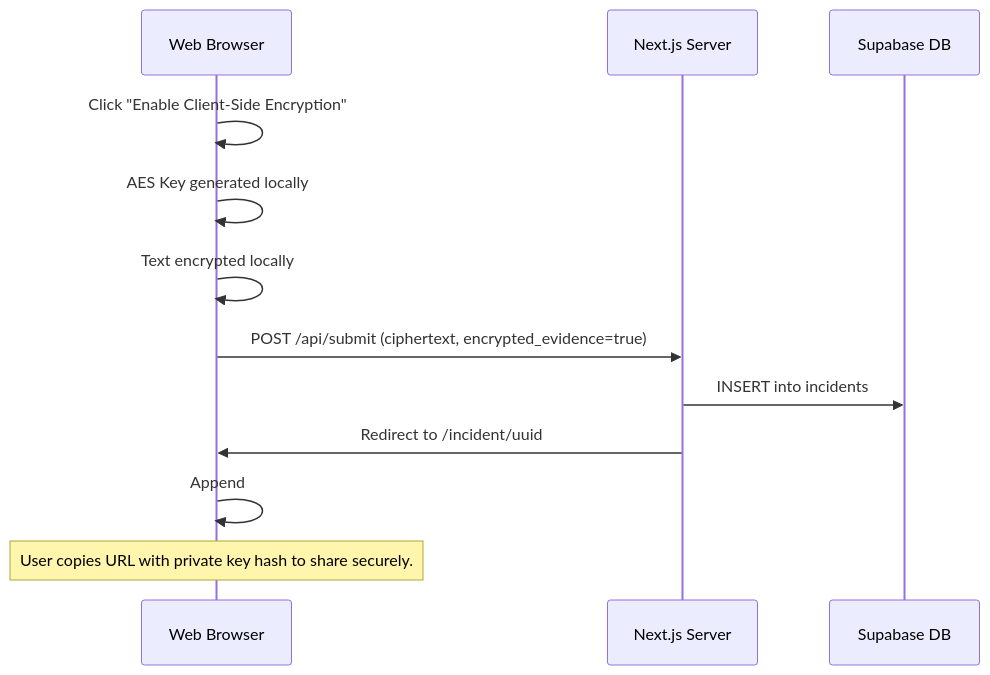
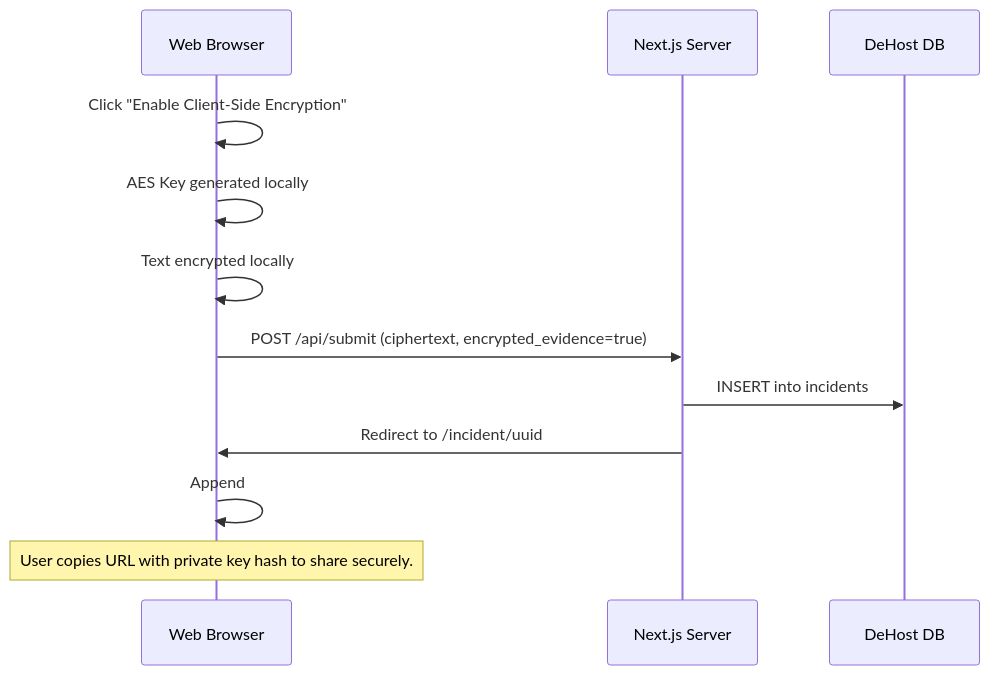
The diagram in docs/METHODOLOGY_AUDITS/zk1-design.md (quantummatrixcore-lab/alparai), drawn with Mermaid before and after one commit. The commit also changed 2145 other files, not shown here.

````diff
--- a/docs/METHODOLOGY_AUDITS/zk1-design.md
+++ b/docs/METHODOLOGY_AUDITS/zk1-design.md
@@ -79,15 +79,15 @@
 ```mermaid
 sequenceDiagram
     participant User as Web Browser
     participant App as Next.js Server
-    participant DB as Supabase DB
+    participant DB as DeHost DB
 
     User->>User: Click "Enable Client-Side Encryption"
     User->>User: AES Key generated locally
     User->>User: Text encrypted locally
     User->>App: POST /api/submit (ciphertext, encrypted_evidence=true)
     App->>DB: INSERT into incidents
     App->>User: Redirect to /incident/uuid
     User->>User: Append #key=HEX_KEY to local URL
     Note over User: User copies URL with private key hash to share securely.
 ```
````
